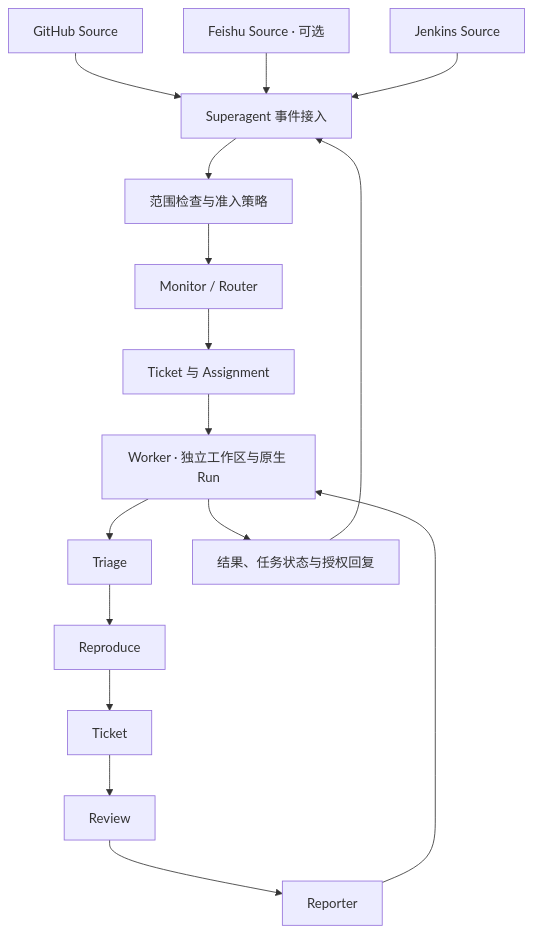
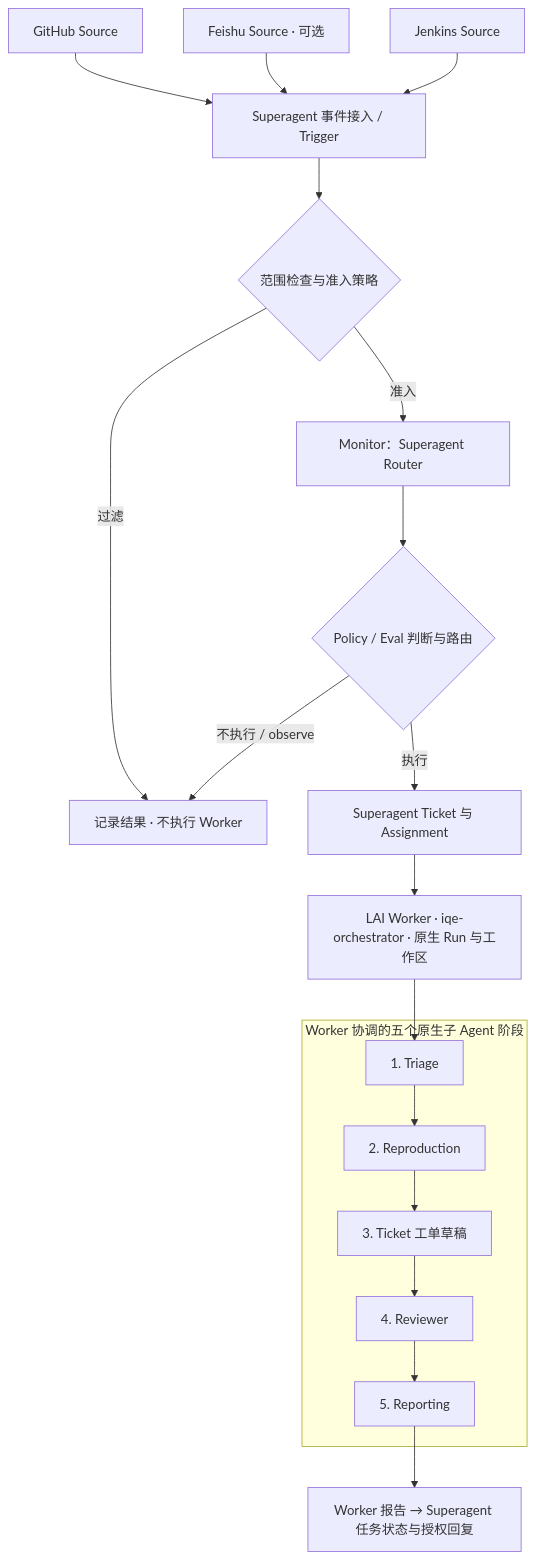
Before and after one commit to devsuperjin/LAI-Trial: the diagram in docs/design.zh-CN.md, drawn with Mermaid. The commit also changed other lines of this file and 3 other files, not shown here.

Commit message:
docs: align README and design architecture diagrams

````diff
--- a/docs/design.zh-CN.md
+++ b/docs/design.zh-CN.md
@@ -22,18 +22,21 @@
 ```mermaid
 flowchart TD
-    GH[GitHub Source] --> S[Superagent 事件接入]
-    FS[Feishu Source · 可选] --> S
-    JK[Jenkins Source] --> S
-    S --> P[范围检查与准入策略]
-    P --> R[Monitor / Router]
-    R --> T[Ticket 与 Assignment]
-    T --> W[Worker · 独立工作区与原生 Run]
-    W --> A[Triage]
-    A --> B[Reproduce]
-    B --> C[Ticket]
-    C --> D[Review]
-    D --> E[Reporter]
-    E --> W
-    W --> O[结果、任务状态与授权回复]
-    O --> S
+    GH["GitHub Source"] --> Intake["Superagent 事件接入 / Trigger"]
+    FS["Feishu Source · 可选"] --> Intake
+    JK["Jenkins Source"] --> Intake
+    Intake --> Gate{"范围检查与准入策略"}
+    Gate -->|过滤| Record["记录结果 · 不执行 Worker"]
+    Gate -->|准入| Router["Monitor：Superagent Router"]
+    Router --> Decision{"Policy / Eval 判断与路由"}
+    Decision -->|不执行 / observe| Record
+    Decision -->|执行| Task["Superagent Ticket 与 Assignment"]
+    Task --> Worker["LAI Worker · iqe-orchestrator · 原生 Run 与工作区"]
+    subgraph Pipeline["Worker 协调的五个原生子 Agent 阶段"]
+        Triage["1. Triage"] --> Reproduce["2. Reproduction"]
+        Reproduce --> Ticket["3. Ticket 工单草稿"]
+        Ticket --> Review["4. Reviewer"]
+        Review --> Reporter["5. Reporting"]
+    end
+    Worker --> Triage
+    Reporter --> Result["Worker 报告 → Superagent 任务状态与授权回复"]
 ```
````
